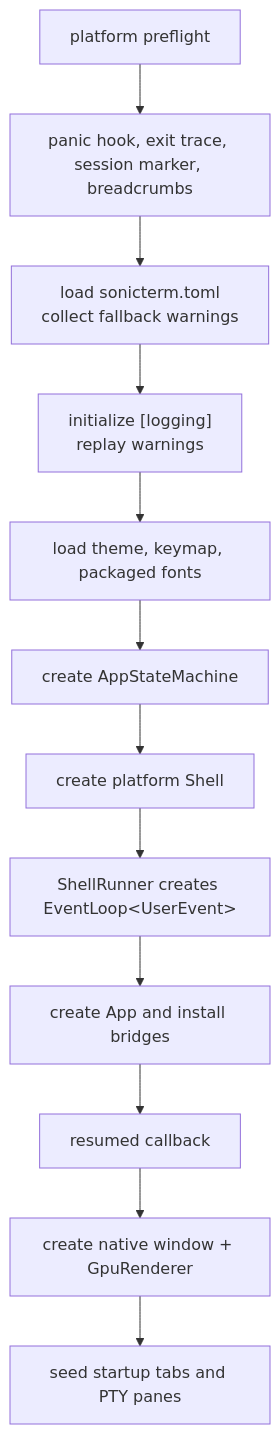
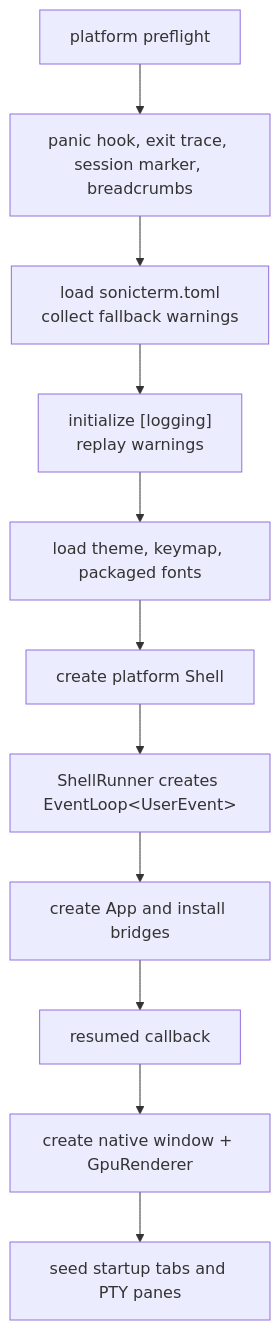
The first of 3 diagrams in wiki/Runtime-Lifecycle.md (D0n9X1n/SonicTerm), drawn with Mermaid before and after one commit. The commit also changed other lines of this file and 458 other files, not shown here.

````diff
--- a/wiki/Runtime-Lifecycle.md
+++ b/wiki/Runtime-Lifecycle.md
@@ -12,18 +12,17 @@
 ```mermaid
 flowchart TD
     platform["platform preflight"]
     diagnostics["panic hook, exit trace, session marker, breadcrumbs"]
     config["load sonicterm.toml<br/>collect fallback warnings"]
     logging["initialize [logging]<br/>replay warnings"]
     assets["load theme, keymap, packaged fonts"]
-    machine["create AppStateMachine"]
     shell["create platform Shell"]
     loop["ShellRunner creates EventLoop&lt;UserEvent&gt;"]
     app["create App and install bridges"]
     resumed["resumed callback"]
     window["create native window + GpuRenderer"]
     pane["seed startup tabs and PTY panes"]
 
-    platform --> diagnostics --> config --> logging --> assets --> machine --> shell
+    platform --> diagnostics --> config --> logging --> assets --> shell
     shell --> loop --> app --> resumed --> window --> pane
 ```
````
